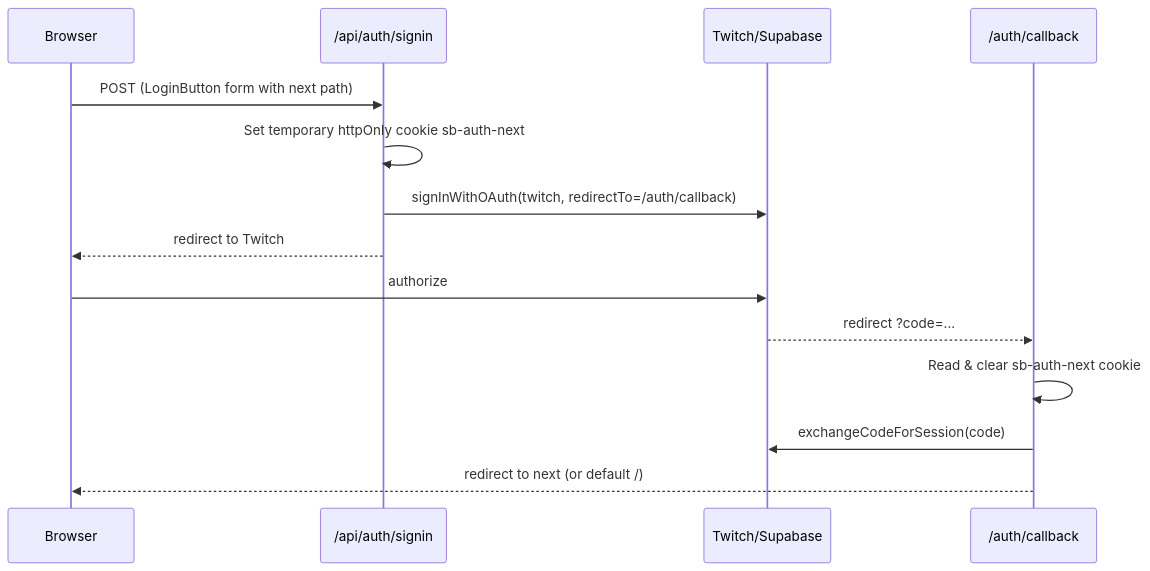
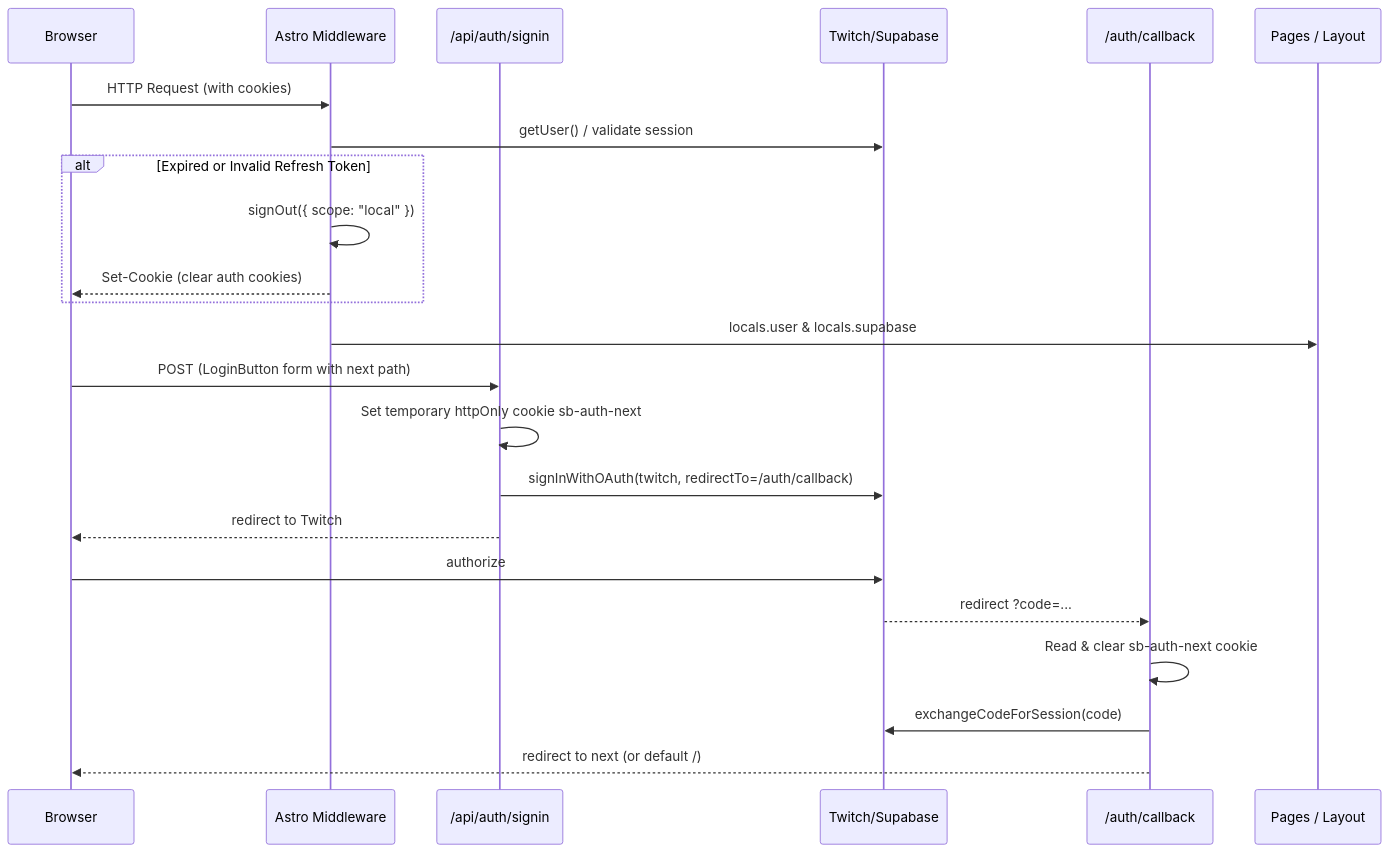
The diagram in docs/modules/auth.md (danygq/knekro-hub), drawn with Mermaid before and after one commit. The commit also changed other lines of this file and 9 other files, not shown here.

First line of the commit message:
fix(auth): handle invalid refresh tokens via astro middleware and safe cookie store (#41)

````diff
--- a/docs/modules/auth.md
+++ b/docs/modules/auth.md
@@ -14,16 +14,25 @@
 ```mermaid
 sequenceDiagram
   participant B as Browser
+  participant M as Astro Middleware
   participant S as /api/auth/signin
   participant T as Twitch/Supabase
   participant C as /auth/callback
+  participant P as Pages / Layout
+  B->>M: HTTP Request (with cookies)
+  M->>T: getUser() / validate session
+  alt Expired or Invalid Refresh Token
+    M->>M: signOut({ scope: "local" })
+    M-->>B: Set-Cookie (clear auth cookies)
+  end
+  M->>P: locals.user & locals.supabase
   B->>S: POST (LoginButton form with next path)
   S->>S: Set temporary httpOnly cookie sb-auth-next
   S->>T: signInWithOAuth(twitch, redirectTo=/auth/callback)
   S-->>B: redirect to Twitch
   B->>T: authorize
   T-->>C: redirect ?code=...
   C->>C: Read & clear sb-auth-next cookie
   C->>T: exchangeCodeForSession(code)
   C-->>B: redirect to next (or default /)
 ```
````
